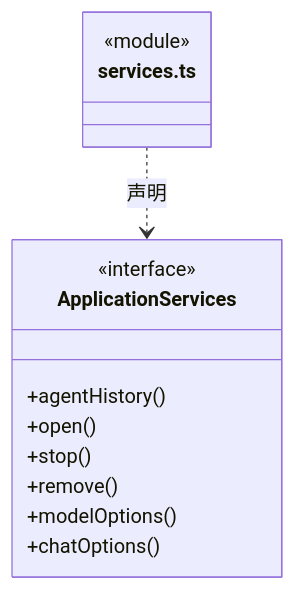
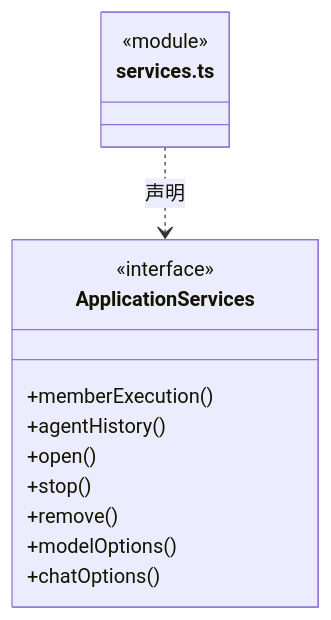
One commit to nan023062/cbim changed the third of 4 diagrams in src/backend/main/ipc/ARCHITECTURE.md. Above: the diagram before and after it, drawn with Mermaid. The commit also changed other lines of this file and 50 other files, not shown here.

````diff
--- a/src/backend/main/ipc/ARCHITECTURE.md
+++ b/src/backend/main/ipc/ARCHITECTURE.md
@@ -63,16 +63,17 @@
 ```mermaid
 classDiagram
 class N_src_backend_main_ipc_services_ts["services.ts"] {
   <<module>>
 }
 class N_src_backend_main_ipc_services_ts_ApplicationServices["ApplicationServices"] {
   <<interface>>
+  +memberExecution()
   +agentHistory()
   +open()
   +stop()
   +remove()
   +modelOptions()
   +chatOptions()
 }
 N_src_backend_main_ipc_services_ts ..> N_src_backend_main_ipc_services_ts_ApplicationServices : 声明
 ```
````
